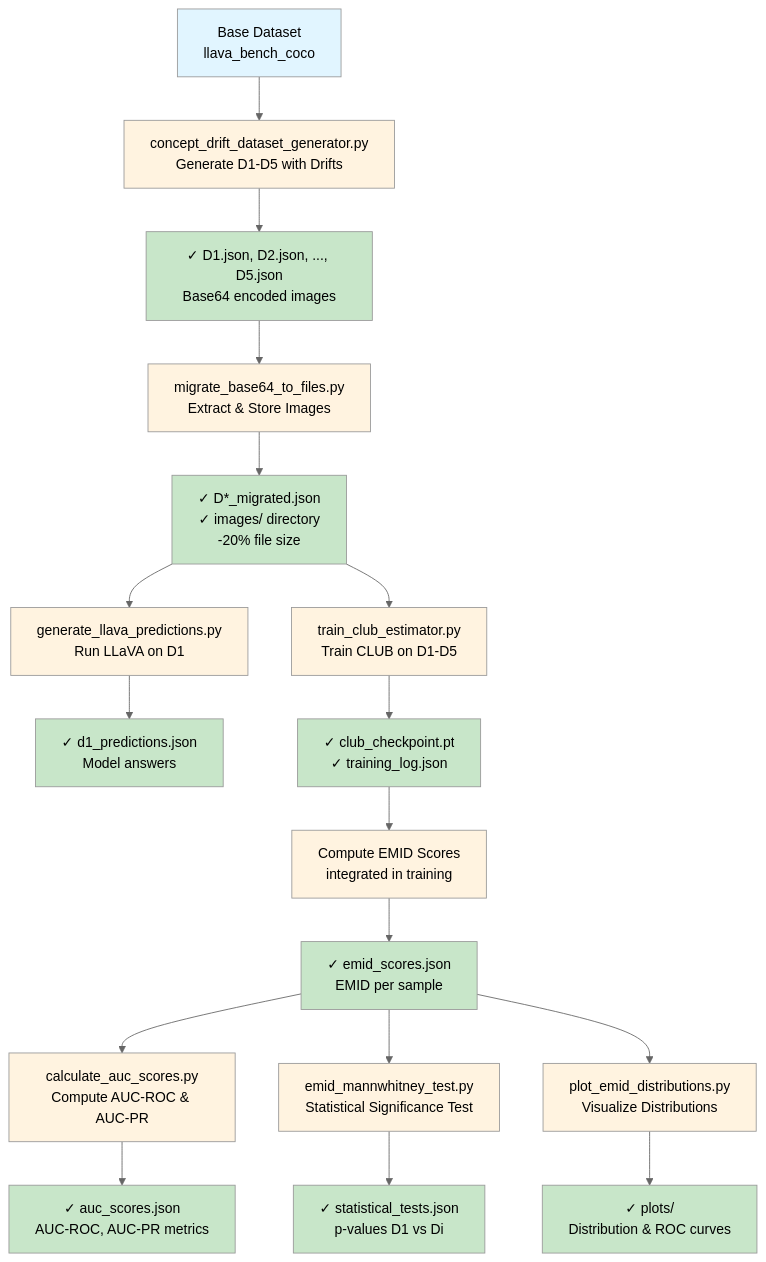
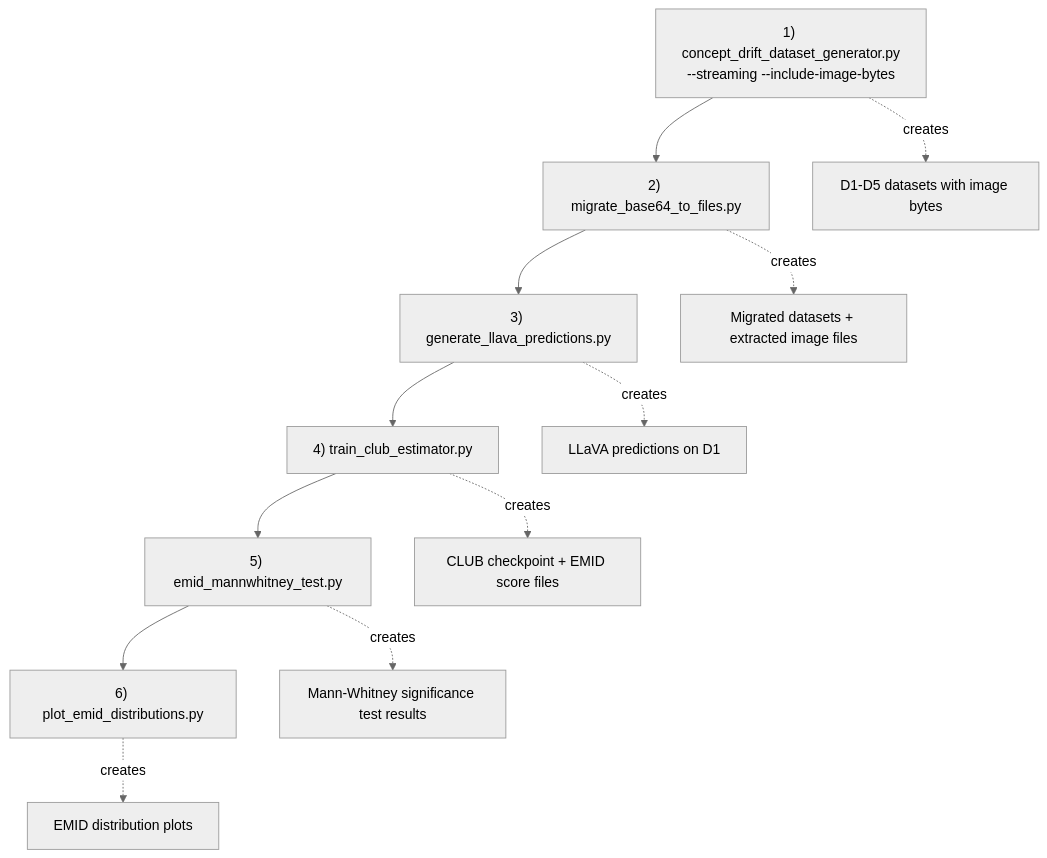
The diagram in concept_drift_detection/README.md (Abdiitb/Understanding-Multimodal-LLMs-Under-Distribution-Shifts), drawn with Mermaid (neutral theme) before and after one commit. The commit also changed other lines of this file and 32 other files, not shown here.

````diff
--- a/concept_drift_detection/README.md
+++ b/concept_drift_detection/README.md
@@ -333,52 +26,15 @@
 ```mermaid
-graph TD
-    A["Base Dataset\nllava_bench_coco"] --> B["concept_drift_dataset_generator.py\nGenerate D1-D5 with Drifts"]
-    
-    B --> B_out["✓ D1.json, D2.json, ..., D5.json\nBase64 encoded images"]
-    
-    B_out --> C["migrate_base64_to_files.py\nExtract & Store Images"]
-    
-    C --> C_out["✓ D*_migrated.json\n✓ images/ directory\n-20% file size"]
-    
-    C_out --> D["generate_llava_predictions.py\nRun LLaVA on D1"]
-    
-    D --> D_out["✓ d1_predictions.json\nModel answers"]
-    
-    C_out --> E["train_club_estimator.py\nTrain CLUB on D1-D5"]
-    
-    E --> E_out["✓ club_checkpoint.pt\n✓ training_log.json"]
-    
-    E_out --> F["Compute EMID Scores\nintegrated in training"]
-    
-    F --> F_out["✓ emid_scores.json\nEMID per sample"]
-    
-    F_out --> G["calculate_auc_scores.py\nCompute AUC-ROC & AUC-PR"]
-    
-    G --> G_out["✓ auc_scores.json\nAUC-ROC, AUC-PR metrics"]
-    
-    F_out --> H["emid_mannwhitney_test.py\nStatistical Significance Test"]
-    
-    H --> H_out["✓ statistical_tests.json\np-values D1 vs Di"]
-    
-    F_out --> I["plot_emid_distributions.py\nVisualize Distributions"]
-    
-    I --> I_out["✓ plots/\nDistribution & ROC curves"]
-    
-    style A fill:#e1f5ff
-    style B fill:#fff3e0
-    style B_out fill:#c8e6c9
-    style C fill:#fff3e0
-    style C_out fill:#c8e6c9
-    style D fill:#fff3e0
-    style D_out fill:#c8e6c9
-    style E fill:#fff3e0
-    style E_out fill:#c8e6c9
-    style F fill:#fff3e0
-    style F_out fill:#c8e6c9
-    style G fill:#fff3e0
-    style G_out fill:#c8e6c9
-    style H fill:#fff3e0
-    style H_out fill:#c8e6c9
-    style I fill:#fff3e0
-    style I_out fill:#c8e6c9
+flowchart TD
+    A["1) concept_drift_dataset_generator.py\n--streaming --include-image-bytes"] --> B["2) migrate_base64_to_files.py"]
+    B --> C["3) generate_llava_predictions.py"]
+    C --> D["4) train_club_estimator.py"]
+    D --> E["5) emid_mannwhitney_test.py"]
+    E --> F["6) plot_emid_distributions.py"]
+
+    A -.creates.-> A1["D1-D5 datasets with image bytes"]
+    B -.creates.-> B1["Migrated datasets + extracted image files"]
+    C -.creates.-> C1["LLaVA predictions on D1"]
+    D -.creates.-> D1["CLUB checkpoint + EMID score files"]
+    E -.creates.-> E1["Mann-Whitney significance test results"]
+    F -.creates.-> F1["EMID distribution plots"]
 ```
````
